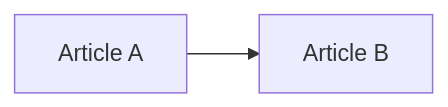
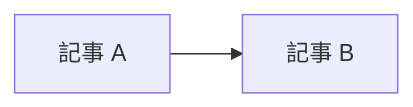
Before and after one commit to Rerurate514/riebeckite: the seventh of 13 diagrams in docs/docs/framework/content-system.ja.md, drawn with Mermaid. The commit also changed other lines of this file and 310 other files, not shown here.

````diff
--- a/docs/docs/framework/content-system.ja.md
+++ b/docs/docs/framework/content-system.ja.md
@@ -342,4 +304,4 @@
 ```mermaid id="pdu2pi"
 graph LR
-    A["Article A"] --> B["Article B"]
+    A["記事 A"] --> B["記事 B"]
 ```
````
